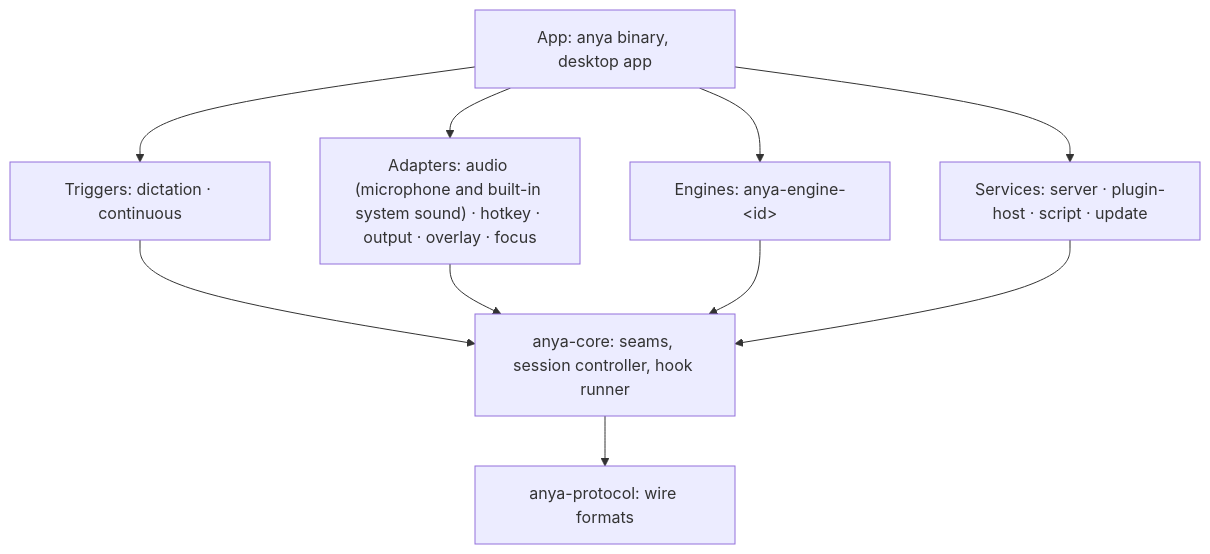
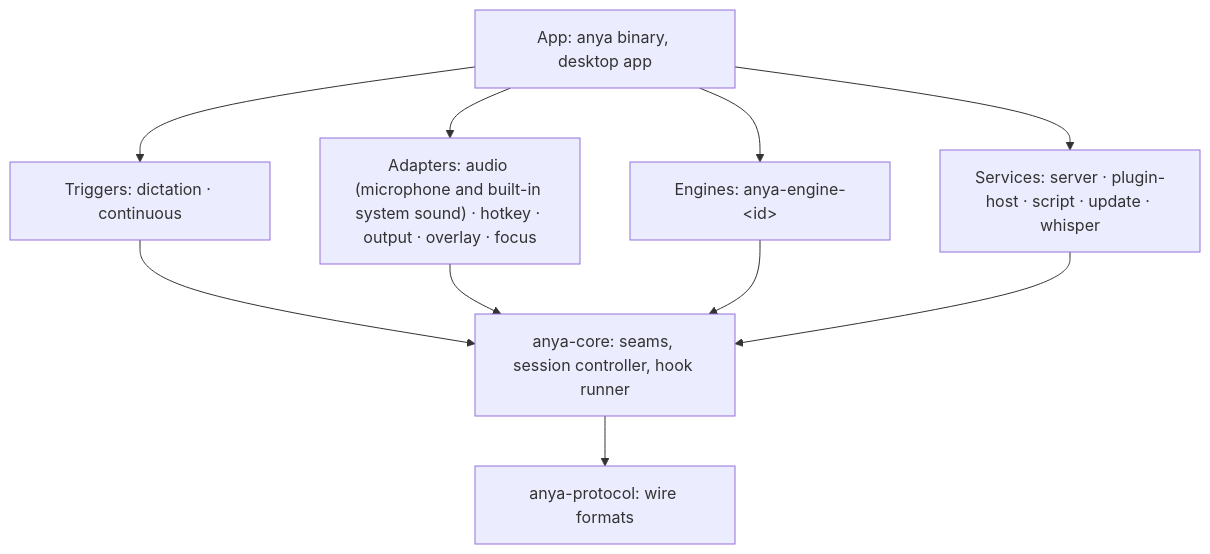
One commit to wakaka6/anya changed the diagram in ARCHITECTURE.md. Above: the diagram before and after it, drawn with Mermaid. The commit also changed other lines of this file and 31 other files, not shown here.

First line of the commit message:
whisper: Anya can run whisper-server and download its models

````diff
--- a/ARCHITECTURE.md
+++ b/ARCHITECTURE.md
@@ -7,12 +7,12 @@
 ```mermaid
 flowchart TB
   App["App: anya binary, desktop app"]
   Trigger["Triggers: dictation · continuous"]
   Adapter["Adapters: audio (microphone and built-in system sound) · hotkey · output · overlay · focus"]
   Engine["Engines: anya-engine-&lt;id&gt;"]
-  Service["Services: server · plugin-host · script · update"]
+  Service["Services: server · plugin-host · script · update · whisper"]
   Core["anya-core: seams, session controller, hook runner"]
   Protocol["anya-protocol: wire formats"]
   App --> Trigger & Adapter & Engine & Service
   Trigger & Adapter & Engine & Service --> Core --> Protocol
 ```
````
